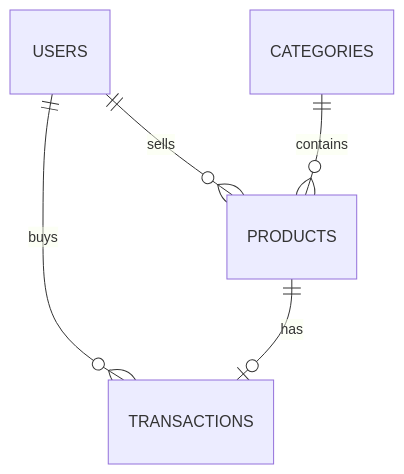
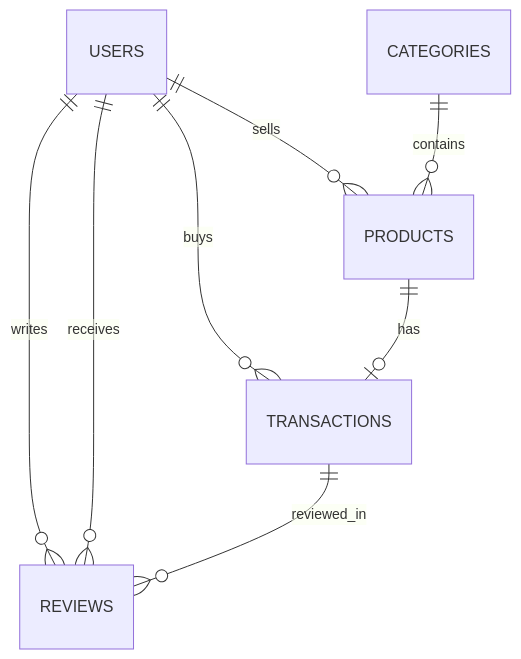
One commit to Nghiepcoder17v/cho-troi-uit changed the second of 2 diagrams in README.md. Above: the diagram before and after it, drawn with Mermaid. The commit also changed 2 other files, not shown here.

Commit message:
test: cover self-review guard and polish account metrics

````diff
--- a/README.md
+++ b/README.md
@@ -346,7 +346,10 @@
 ```mermaid
 erDiagram
     USERS ||--o{ PRODUCTS : sells
     CATEGORIES ||--o{ PRODUCTS : contains
     USERS ||--o{ TRANSACTIONS : buys
     PRODUCTS ||--o| TRANSACTIONS : has
+    USERS ||--o{ REVIEWS : writes
+    USERS ||--o{ REVIEWS : receives
+    TRANSACTIONS ||--o{ REVIEWS : reviewed_in
 ```
````
